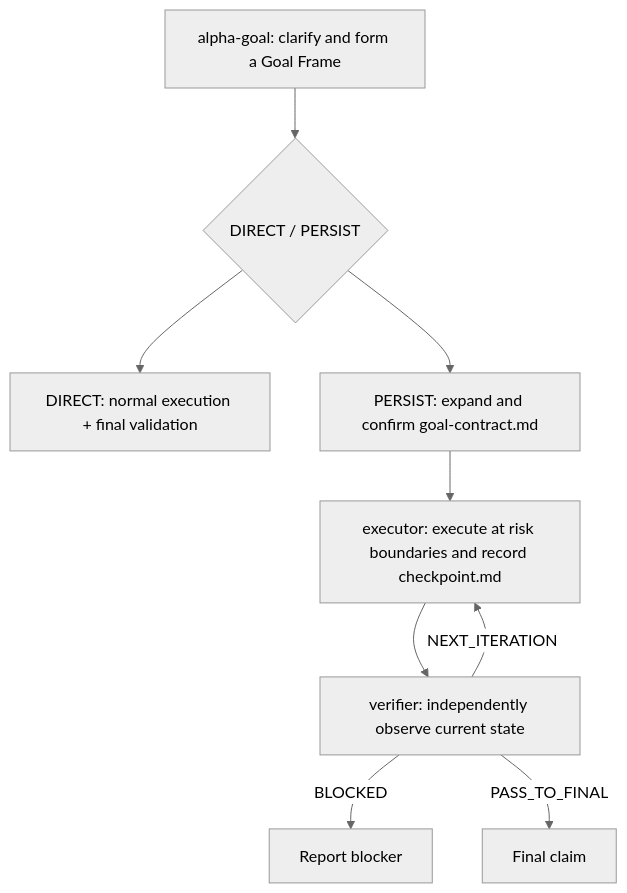
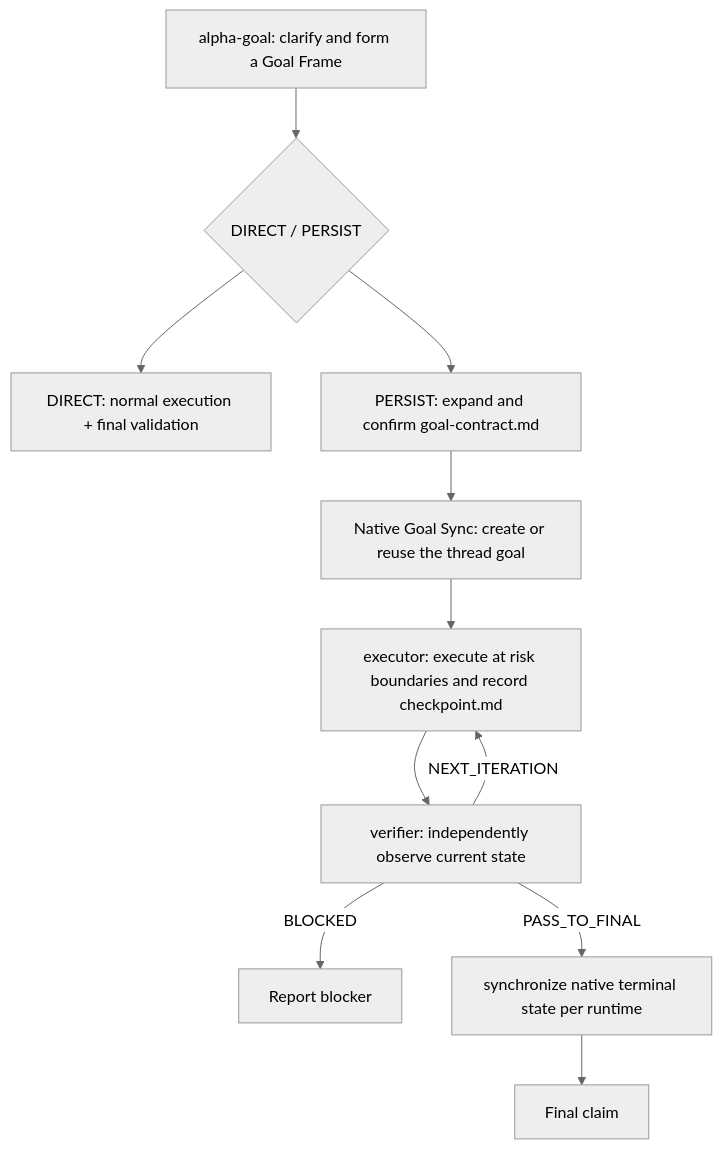
One commit to azhonglee/alpha-goal changed the diagram in README.en.md. Above: the diagram before and after it, drawn with Mermaid (neutral theme). The commit also changed other lines of this file and 11 other files, not shown here.

Commit message:
Restore native goal synchronization

````diff
--- a/README.en.md
+++ b/README.en.md
@@ -42,11 +42,13 @@
 ```mermaid
 flowchart TD
   A["alpha-goal: clarify and form a Goal Frame"] --> R{"DIRECT / PERSIST"}
   R --> D["DIRECT: normal execution + final validation"]
   R --> P["PERSIST: expand and confirm goal-contract.md"]
-  P --> E["executor: execute at risk boundaries and record checkpoint.md"]
+  P --> S["Native Goal Sync: create or reuse the thread goal"]
+  S --> E["executor: execute at risk boundaries and record checkpoint.md"]
   E --> V["verifier: independently observe current state"]
   V -->|"NEXT_ITERATION"| E
   V -->|"BLOCKED"| B["Report blocker"]
-  V -->|"PASS_TO_FINAL"| F["Final claim"]
+  V -->|"PASS_TO_FINAL"| C["synchronize native terminal state per runtime"]
+  C --> F["Final claim"]
 ```
````
